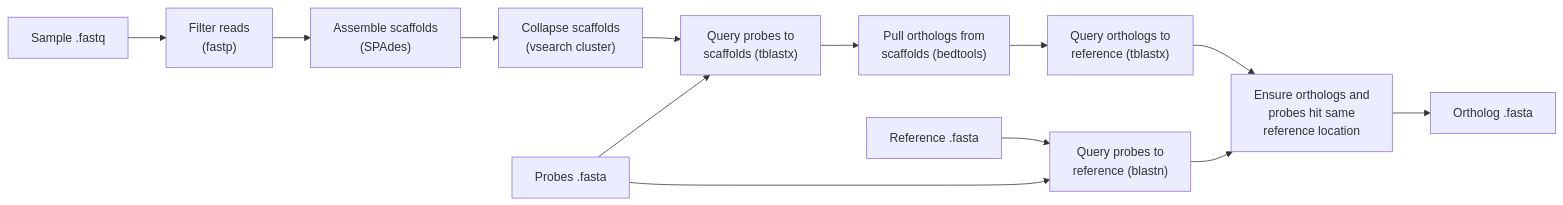
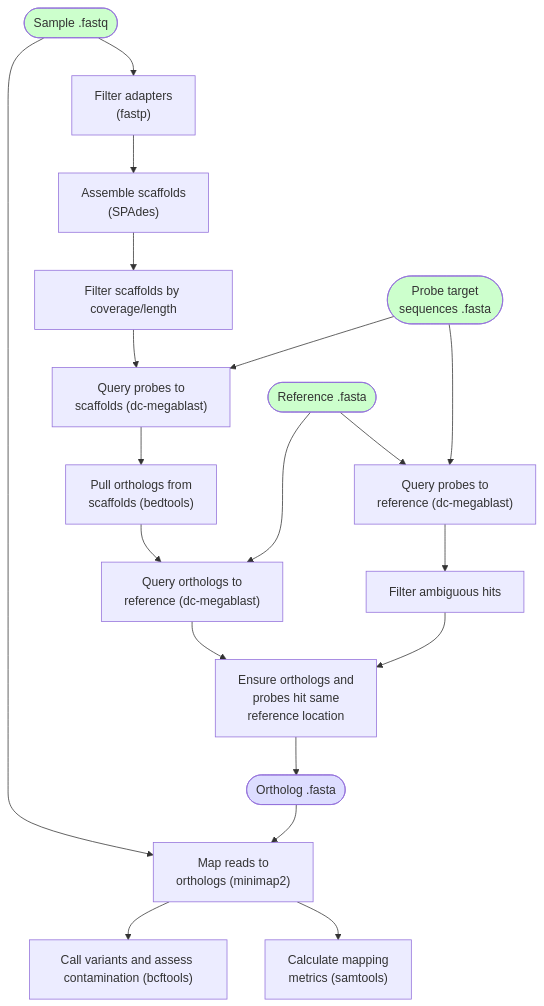
Before and after one commit to paytoncarter14/nf-core-locusassembly: the diagram in flowchart-simple.mermaid, drawn with Mermaid.

Commit message:
modify flowchart

```diff
--- a/flowchart-simple.mermaid
+++ b/flowchart-simple.mermaid
@@ -1,19 +1,32 @@
-flowchart LR
-    A["Sample .fastq"]
-    AA["Reference .fasta"]
-    AAA["Probes .fasta"]
-    B["Filter reads<br>(fastp)"]
+flowchart TD
+    A([Sample .fastq])
+    AA([Reference .fasta])
+    AAA([Probe target<br>sequences .fasta])
+    B["Filter adapters<br>(fastp)"]
     C["Assemble scaffolds<br>(SPAdes)"]
-    D["Collapse scaffolds<br>(vsearch cluster)"]
-    E["Query probes to<br>scaffolds (tblastx)"]
+    E["Query probes to<br>scaffolds (dc-megablast)"]
     F["Pull orthologs from<br>scaffolds (bedtools)"]
-    G["Query orthologs to<br>reference (tblastx)"]
-    H["Query probes to <br>reference (blastn)"]
+    G["Query orthologs to<br>reference (dc-megablast)"]
+    H["Query probes to <br>reference (dc-megablast)"]
     I["Ensure orthologs and<br>probes hit same<br>reference location"]
-    J["Ortholog .fasta"]
+    J(["Ortholog .fasta"])
+    K["Filter ambiguous hits"]
+    L["Filter scaffolds by coverage/length"]
+    M["Map reads to<br>orthologs (minimap2)"]
+    N["Call variants and assess contamination (bcftools)"]
+    O["Calculate mapping<br>metrics (samtools)"]
 
-A-->B-->C-->D-->E-->F-->G-->I-->J
+A-->B-->C-->L-->E-->F-->G-->I-->J
 AA-->H
+AA-->G
 AAA-->H
 AAA-->E
-H-->I
+H-->K-->I
+A-->M
+J-->M-->N
+M-->O
+
+classDef input fill:#CFC;
+classDef output fill:#DDF;
+class A,AA,AAA input;
+class J output;
```
